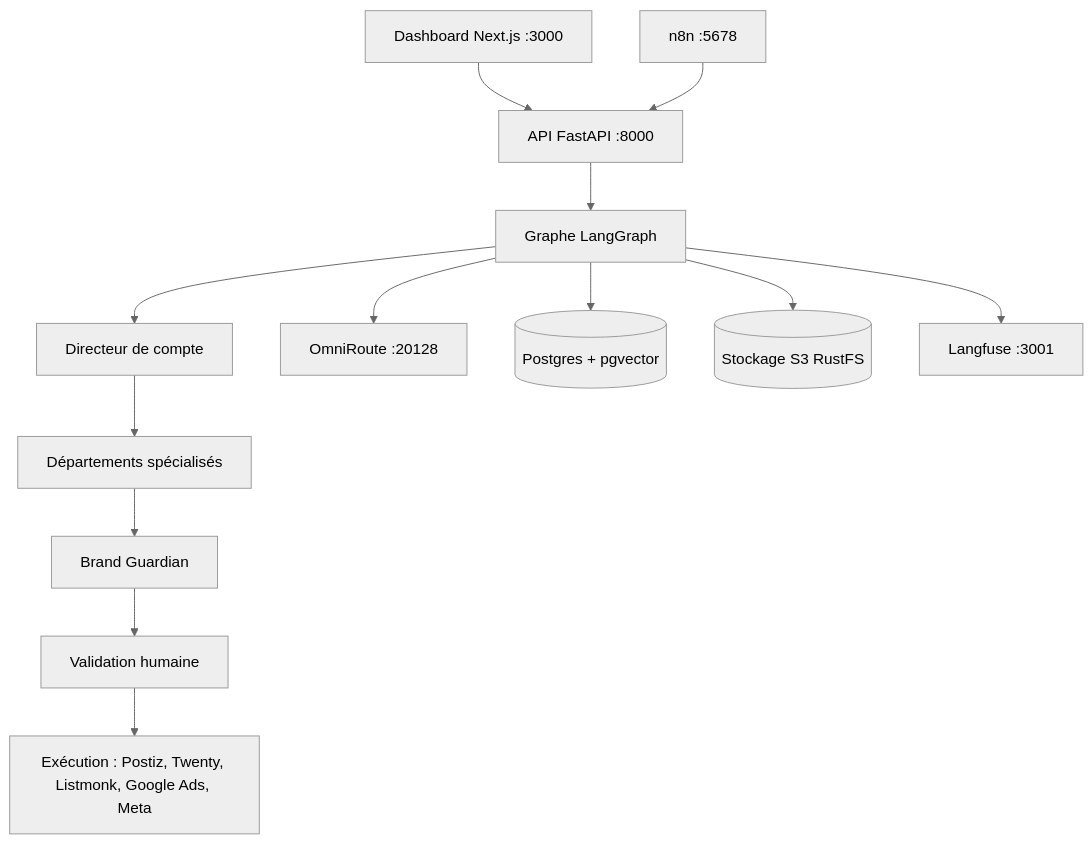
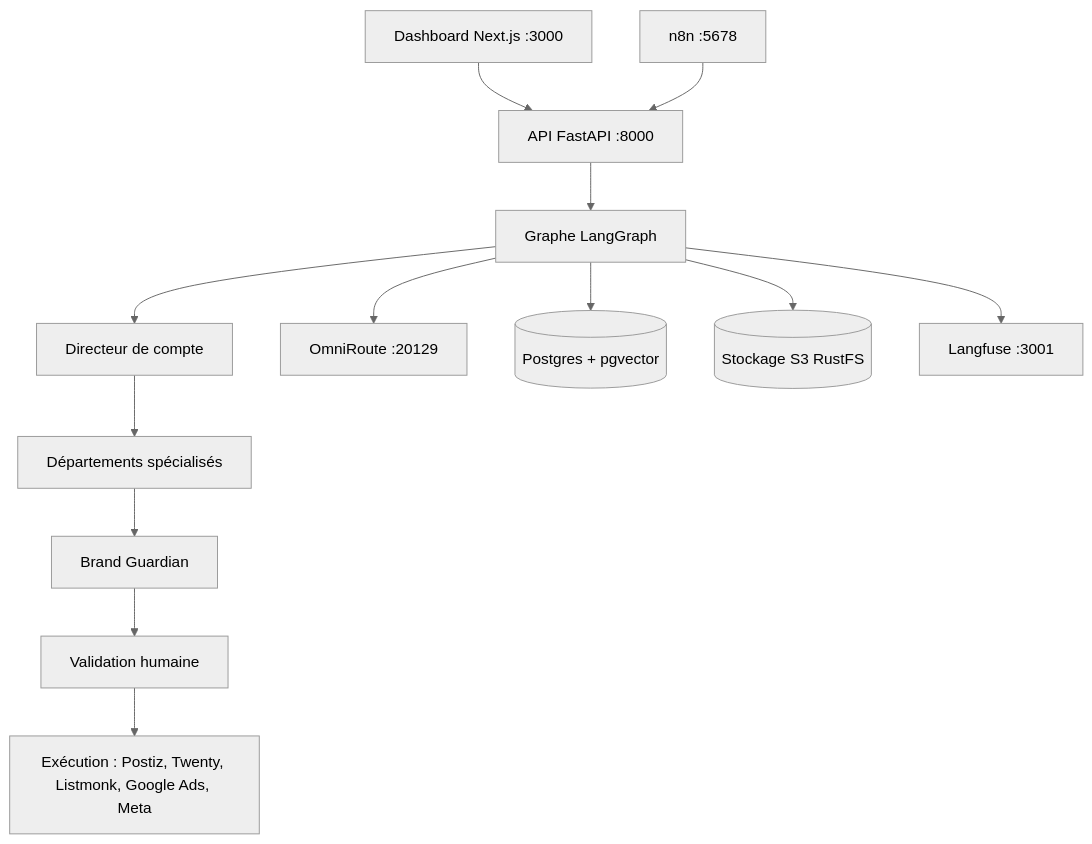
The diagram in README.md (NefziSofien/Ai-Agency), drawn with Mermaid (neutral theme) before and after one commit. The commit also changed other lines of this file and 21 other files, not shown here.

````diff
--- a/README.md
+++ b/README.md
@@ -7,15 +7,15 @@
 ```mermaid
 flowchart TB
     Dashboard["Dashboard Next.js :3000"] --> API["API FastAPI :8000"]
     N8N["n8n :5678"] --> API
     API --> Graph["Graphe LangGraph"]
     Graph --> Plan[Directeur de compte]
     Plan --> Depts["Départements spécialisés"]
     Depts --> Guardian[Brand Guardian]
     Guardian --> Approval[Validation humaine]
     Approval --> Exec["Exécution : Postiz, Twenty, Listmonk, Google Ads, Meta"]
-    Graph --> OmniRoute["OmniRoute :20128"]
+    Graph --> OmniRoute["OmniRoute :20129"]
     Graph --> PG[("Postgres + pgvector")]
     Graph --> S3[("Stockage S3 RustFS")]
     Graph --> Langfuse["Langfuse :3001"]
 ```
````
